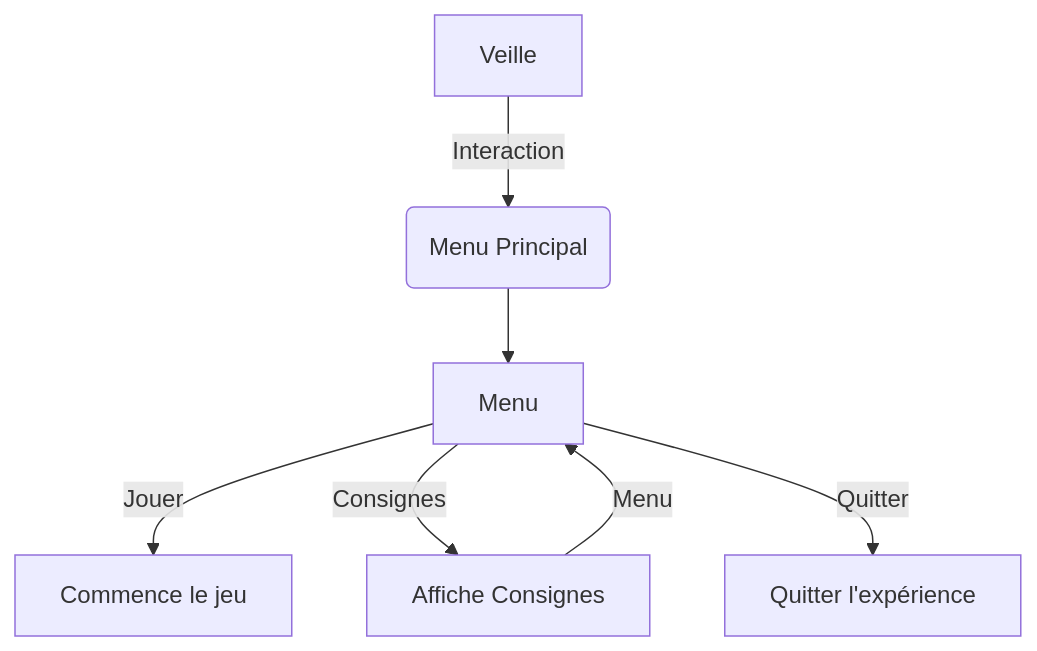
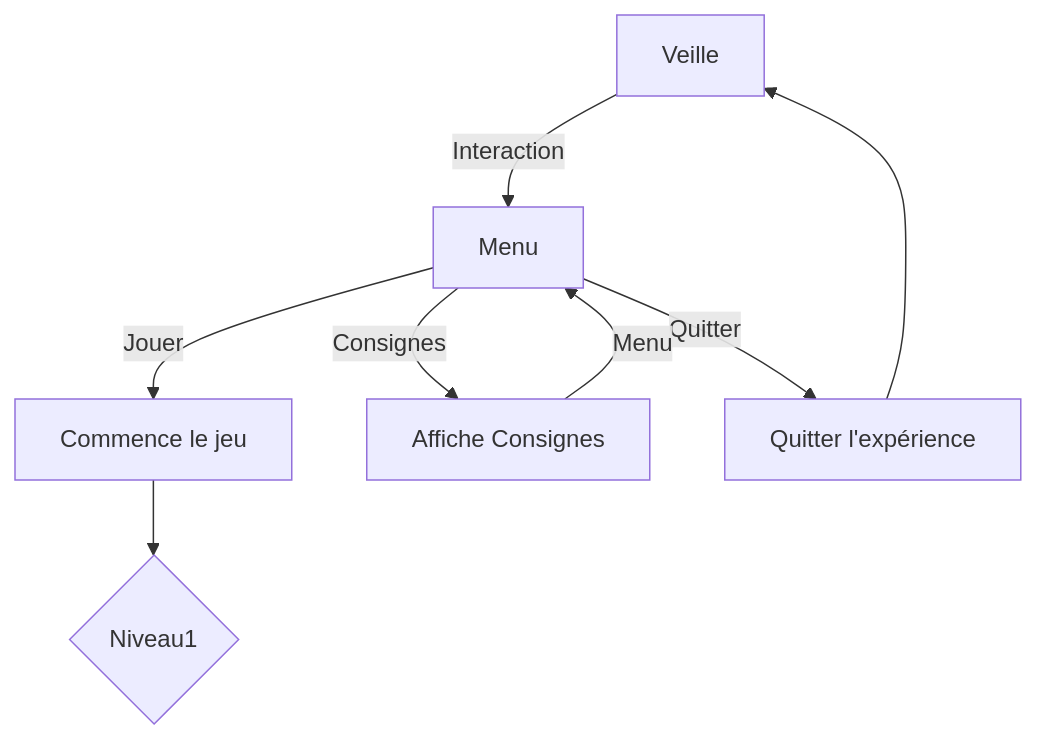
One commit to GearShift-Games/C0N-DU8 changed the diagram in README.md. Above: the diagram before and after it, drawn with Mermaid.

````diff
--- a/README.md
+++ b/README.md
@@ -2,11 +2,10 @@
 ```mermaid
 flowchart TD
-    A[Veille] -->|Interaction| B(Menu Principal)
-    B --> C{Let me cook}
+    A[Veille] -->|Interaction| C(Menu)
     C -->|Jouer| D[Commence le jeu]
     C -->|Consignes| E[Affiche Consignes]
-
     C -->|Quitter| F[Quitter l'expérience]
-  E[Affiche Consignes]--> |Menu| C[Menu]
- 
+    F --> A
+    E[Affiche Consignes]--> |Menu| C[Menu]
+    D --> H{Niveau1}
   ```
````
